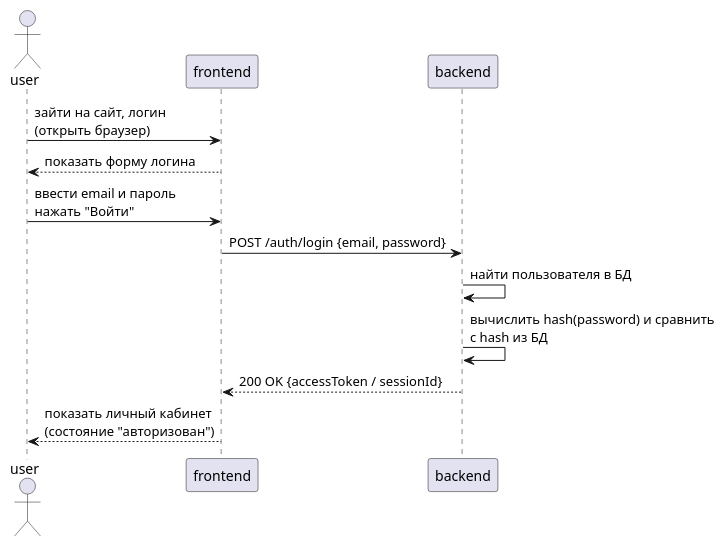
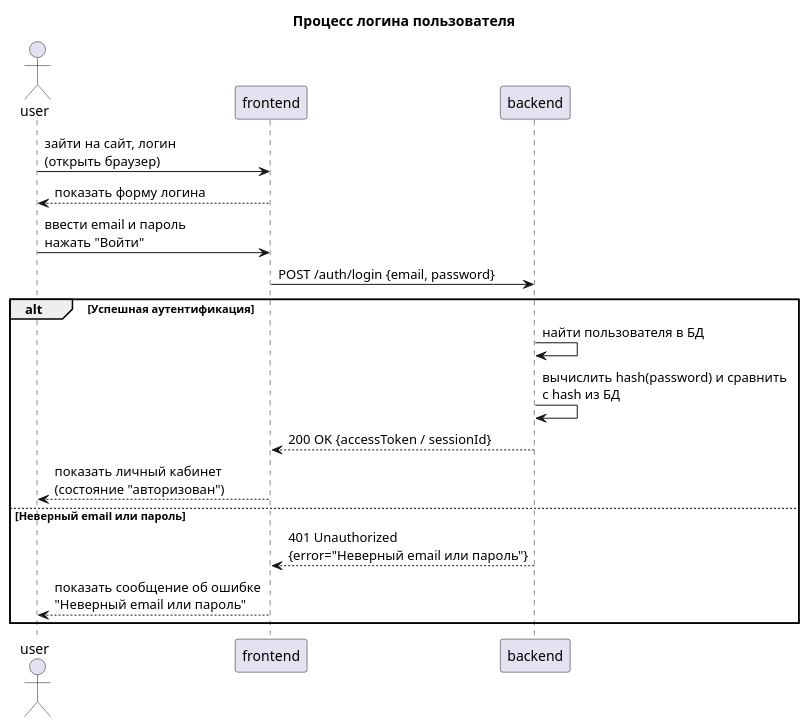
One commit to mr-yragan/TicketSwapBackend changed the diagram in plantUML diags/login.wsd. Above: the diagram before and after it, drawn with PlantUML. The commit also changed 6 other files, not shown here.

Commit message:
updated sequence-diagramms

```diff
--- a/plantUML diags/login.wsd
+++ b/plantUML diags/login.wsd
@@ -1,19 +1,24 @@
 @startuml
+title Процесс логина пользователя
 
 actor user
 participant frontend
 participant backend
 
 user -> frontend: зайти на сайт, логин \n(открыть браузер)
 frontend --> user: показать форму логина
 
 user -> frontend: ввести email и пароль \nнажать "Войти"
 frontend -> backend: POST /auth/login {email, password}
 
-backend -> backend: найти пользователя в БД
-backend -> backend: вычислить hash(password) и сравнить\nс hash из БД
-
-backend --> frontend: 200 OK {accessToken / sessionId}
-frontend --> user: показать личный кабинет \n(состояние "авторизован")
+alt Успешная аутентификация
+    backend -> backend: найти пользователя в БД
+    backend -> backend: вычислить hash(password) и сравнить\nс hash из БД
+    backend --> frontend: 200 OK {accessToken / sessionId}
+    frontend --> user: показать личный кабинет \n(состояние "авторизован")
+else Неверный email или пароль
+    backend --> frontend: 401 Unauthorized \n{error="Неверный email или пароль"}
+    frontend --> user: показать сообщение об ошибке \n"Неверный email или пароль"
+end
 
 @enduml
```
